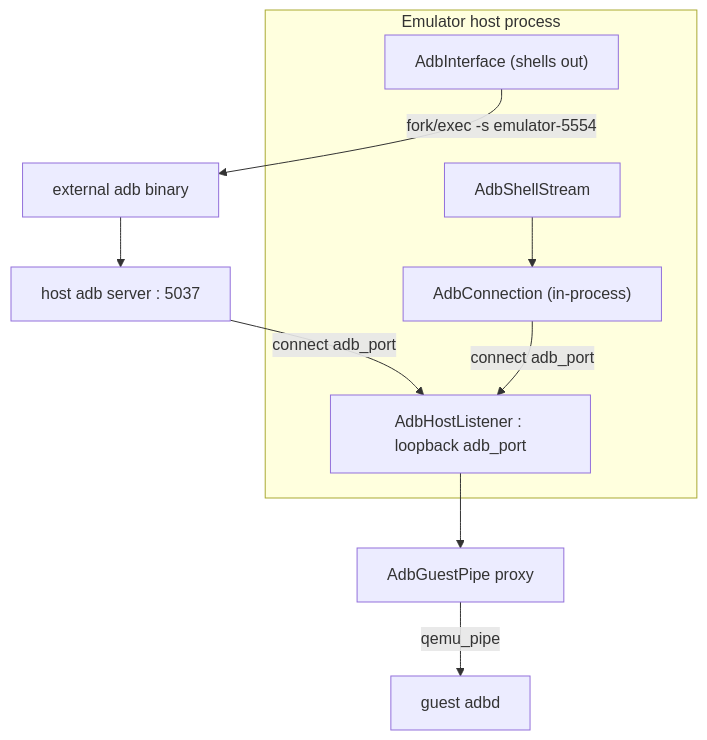
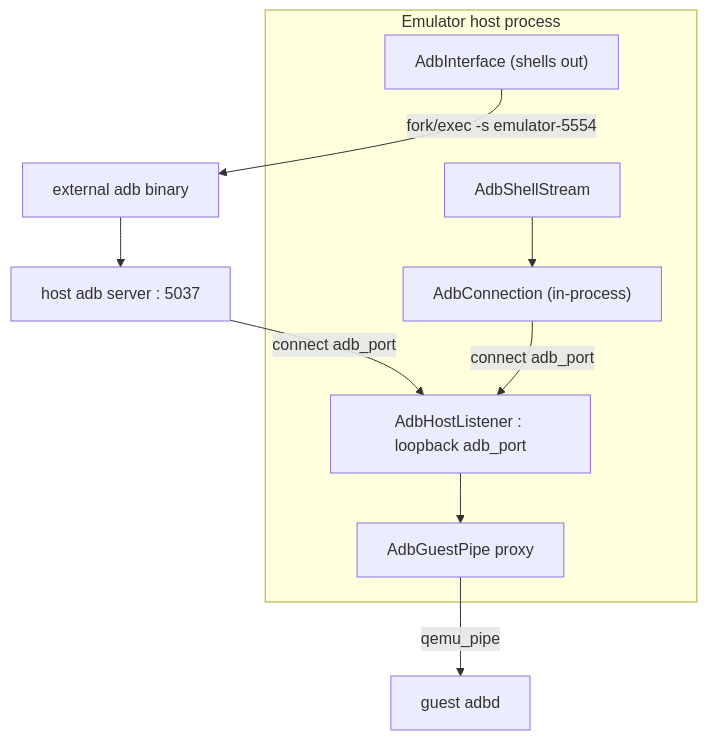
One commit to aospbooks/android-emulator-internal-book changed the fifth of 5 diagrams in 20-adb-integration.md. Above: the diagram before and after it, drawn with Mermaid. The commit also changed other lines of this file and 31 other files, not shown here.

````diff
--- a/20-adb-integration.md
+++ b/20-adb-integration.md
@@ -516,18 +516,19 @@
 ```mermaid
 flowchart TB
     subgraph HOST["Emulator host process"]
         IFACE["AdbInterface (shells out)"]
         DIRECT["AdbConnection (in-process)"]
         SHELL["AdbShellStream"]
         LISTEN["AdbHostListener : loopback adb_port"]
+        PIPE["AdbGuestPipe proxy"]
         SHELL --> DIRECT
+        LISTEN --> PIPE
     end
     EXE["external adb binary"]
     SRV["host adb server : 5037"]
     IFACE -->|"fork/exec -s emulator-5554"| EXE
     EXE --> SRV
     SRV -->|"connect adb_port"| LISTEN
     DIRECT -->|"connect adb_port"| LISTEN
-    LISTEN --> PIPE["AdbGuestPipe proxy"]
     PIPE -->|"qemu_pipe"| ADBD["guest adbd"]
 ```
````
